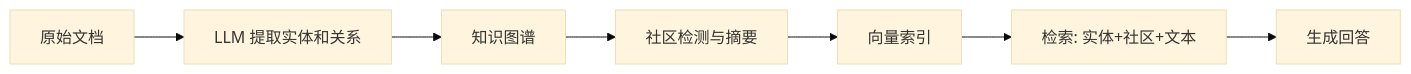
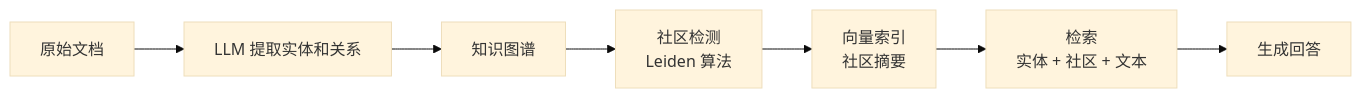
Before and after one commit to noisystreet/agent_keytech: the second of 2 diagrams in source/chapter_05_rag/06_agentic_rag.rst, drawn with Mermaid (base theme). The commit also changed other lines of this file and 3 other files, not shown here.

```diff
--- a/source/chapter_05_rag/06_agentic_rag.rst
+++ b/source/chapter_05_rag/06_agentic_rag.rst
@@ -125,9 +195,9 @@
 .. mermaid::
 
    flowchart LR
        Docs[原始文档] --> Extract[LLM 提取实体和关系]
        Extract --> Graph[知识图谱]
-       Graph --> Community[社区检测与摘要]
-       Community --> Index[向量索引]
-       Index --> Search[检索: 实体+社区+文本]
+       Graph --> Community[社区检测<br>Leiden 算法]
+       Community --> Index[向量索引<br>社区摘要]
+       Index --> Search[检索<br>实体 + 社区 + 文本]
        Search --> Answer[生成回答]
```
